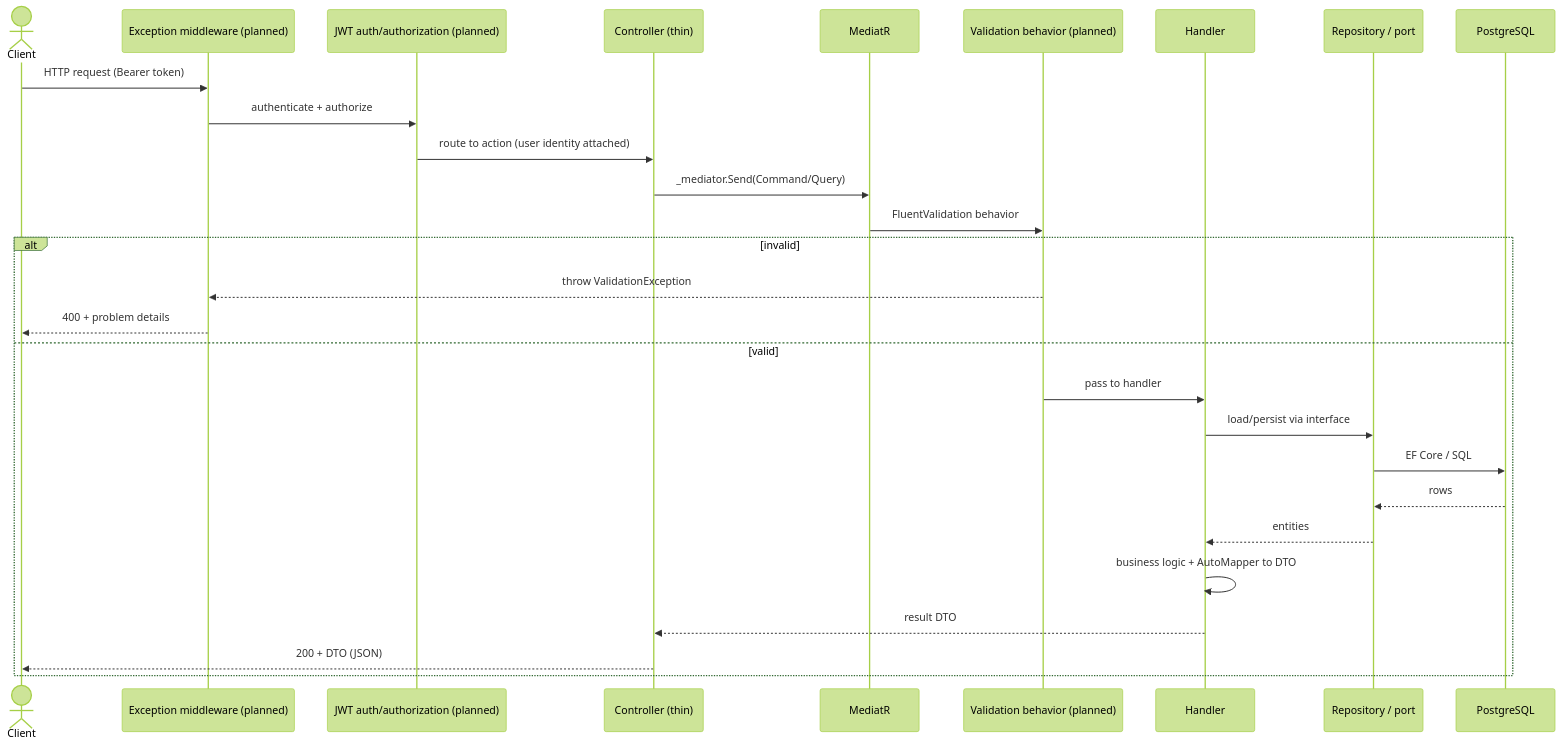
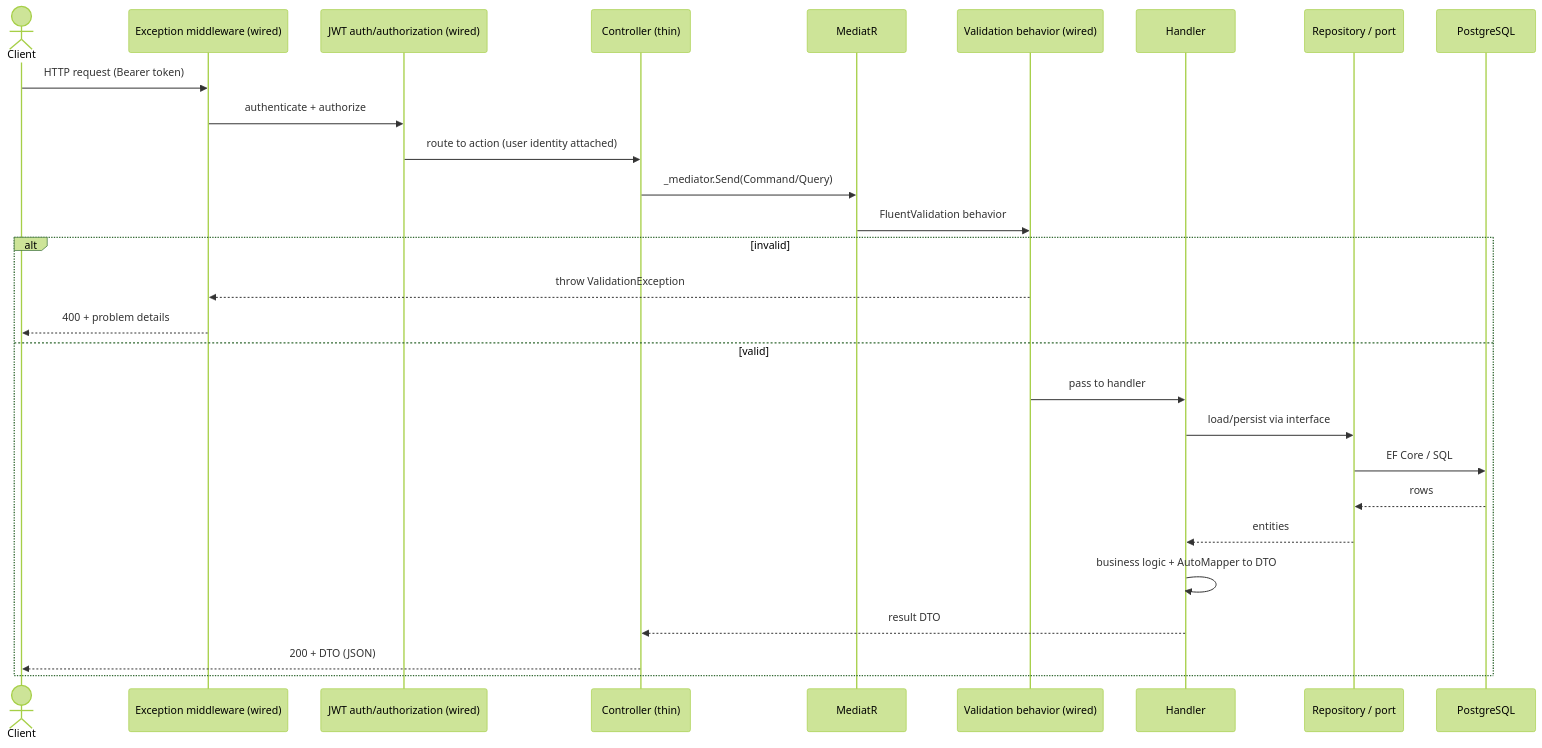
Before and after one commit to Hansin86/Portfolio-.NET-React: the diagram in docs/architecture/architecture-request-lifecycle.md, drawn with Mermaid (forest theme). The commit also changed other lines of this file and 4 other files, not shown here.

````diff
--- a/docs/architecture/architecture-request-lifecycle.md
+++ b/docs/architecture/architecture-request-lifecycle.md
@@ -12,31 +12,31 @@
 ```mermaid
 sequenceDiagram
     actor Client
-    participant MW as Exception middleware (planned)
-    participant Auth as JWT auth/authorization (planned)
+    participant MW as Exception middleware (wired)
+    participant Auth as JWT auth/authorization (wired)
     participant Ctrl as Controller (thin)
     participant Med as MediatR
-    participant Val as Validation behavior (planned)
+    participant Val as Validation behavior (wired)
     participant H as Handler
     participant Repo as Repository / port
     participant DB as PostgreSQL
 
     Client->>MW: HTTP request (Bearer token)
     MW->>Auth: authenticate + authorize
     Auth->>Ctrl: route to action (user identity attached)
     Ctrl->>Med: _mediator.Send(Command/Query)
     Med->>Val: FluentValidation behavior
     alt invalid
         Val-->>MW: throw ValidationException
         MW-->>Client: 400 + problem details
     else valid
         Val->>H: pass to handler
         H->>Repo: load/persist via interface
         Repo->>DB: EF Core / SQL
         DB-->>Repo: rows
         Repo-->>H: entities
         H->>H: business logic + AutoMapper to DTO
         H-->>Ctrl: result DTO
         Ctrl-->>Client: 200 + DTO (JSON)
     end
 ```
````
